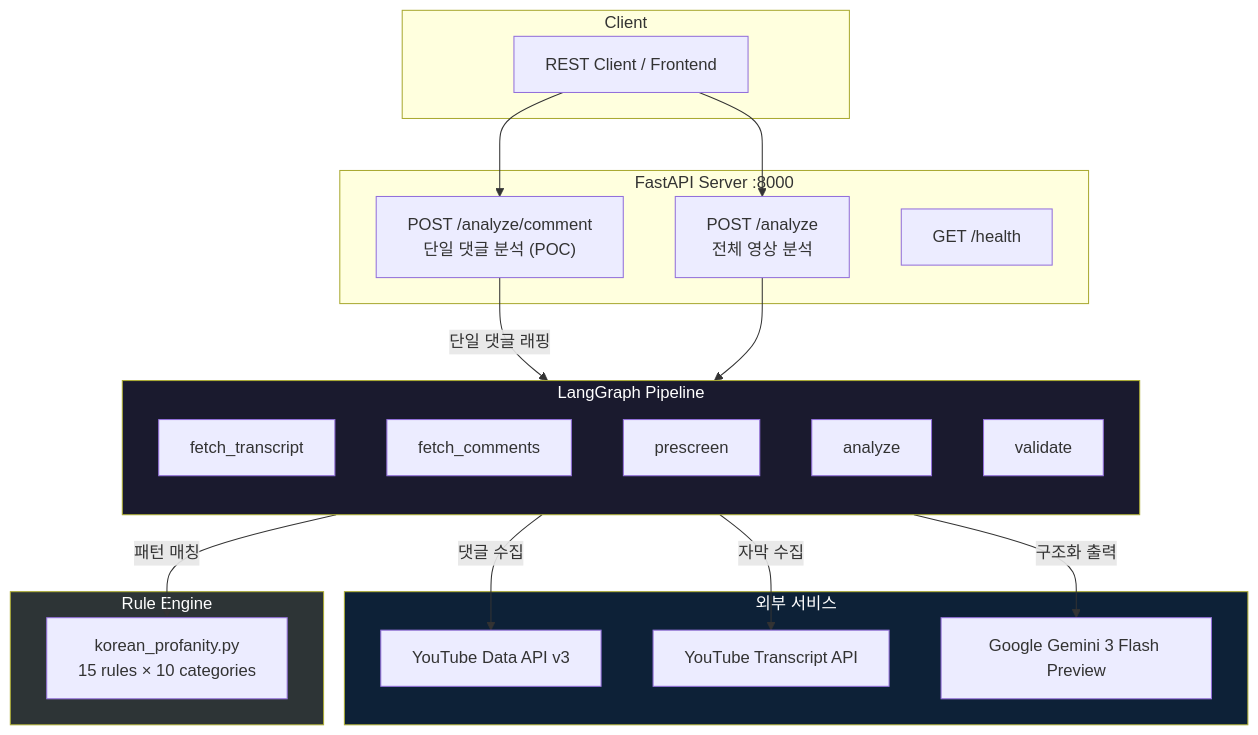
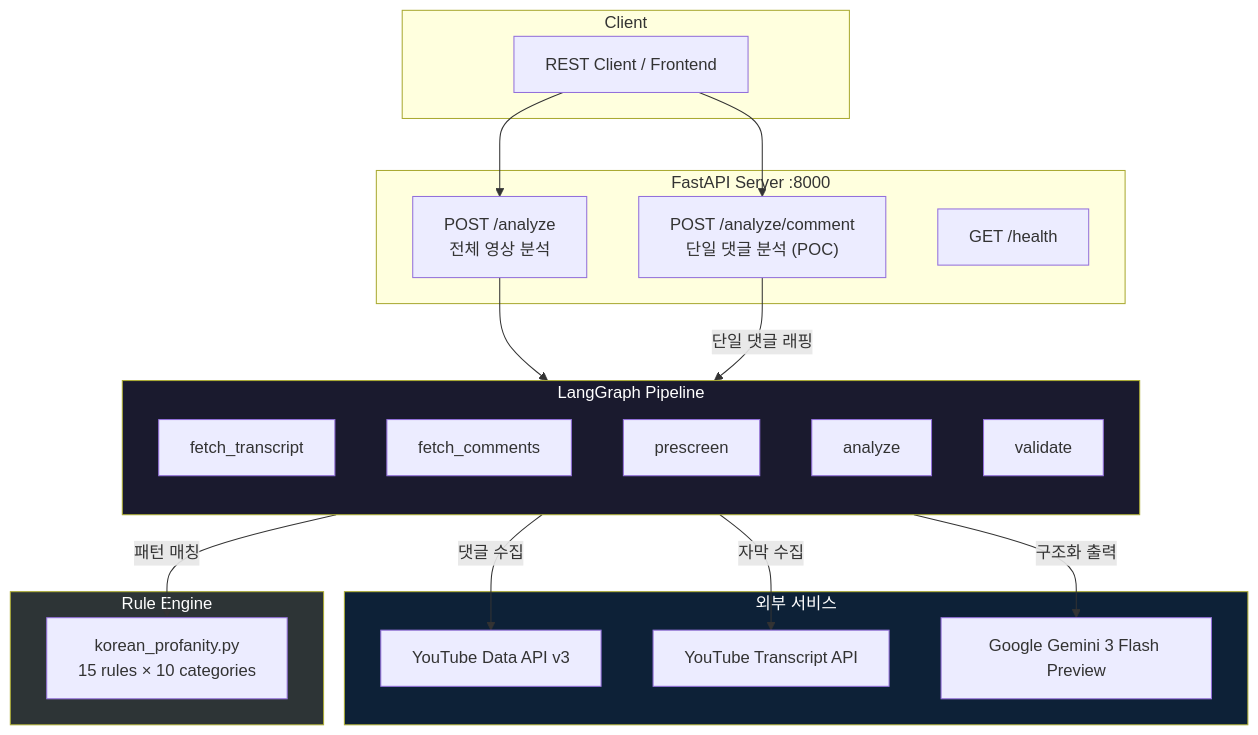
One commit to euisuk-chung/gemini-hak-creator-hub changed the first of 6 diagrams in backend/ARCHITECTURE.md. Above: the diagram before and after it, drawn with Mermaid. The commit also changed other lines of this file, not shown here.

````diff
--- a/backend/ARCHITECTURE.md
+++ b/backend/ARCHITECTURE.md
@@ -18,44 +18,44 @@
 ```mermaid
 graph TB
     subgraph Client
         API[REST Client / Frontend]
     end
 
     subgraph FastAPI["FastAPI Server :8000"]
         EP1["POST /analyze<br/>전체 영상 분석"]
         EP2["POST /analyze/comment<br/>단일 댓글 분석 (POC)"]
         EP3["GET /health"]
     end
 
     subgraph LangGraph["LangGraph Pipeline"]
         direction TB
         FT[fetch_transcript]
         FC[fetch_comments]
         PS[prescreen]
         AN[analyze]
         VL[validate]
     end
 
     subgraph External["외부 서비스"]
         YT_API[YouTube Data API v3]
         YT_TR[YouTube Transcript API]
         GEMINI[Google Gemini 3 Flash Preview]
     end
 
     subgraph Rules["Rule Engine"]
         KP[korean_profanity.py<br/>15 rules × 10 categories]
     end
 
     API --> EP1 & EP2
-    EP1 --> LangGraph
+    EP1 --> FT
     EP2 -->|단일 댓글 래핑| PS
 
     FT -->|자막 수집| YT_TR
     FC -->|댓글 수집| YT_API
     PS -->|패턴 매칭| KP
     AN -->|구조화 출력| GEMINI
 
     style LangGraph fill:#1a1a2e,color:#fff
     style Rules fill:#2d3436,color:#fff
     style External fill:#0d2137,color:#fff
 ```
````
